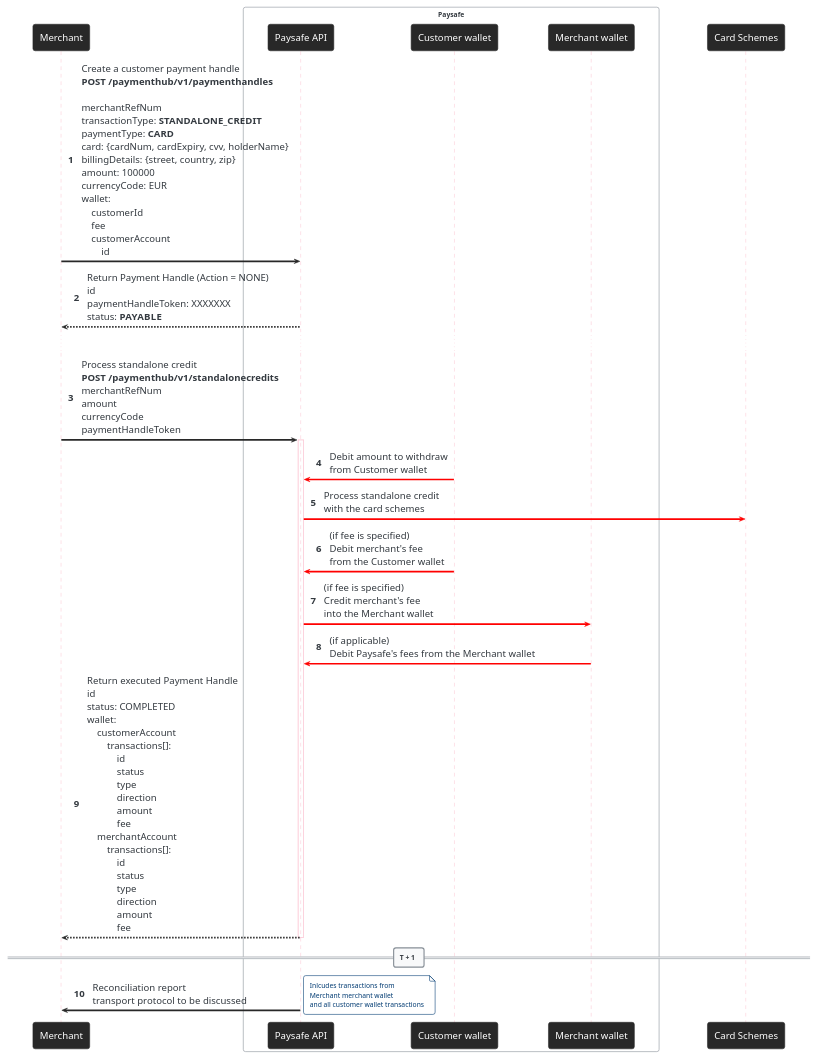
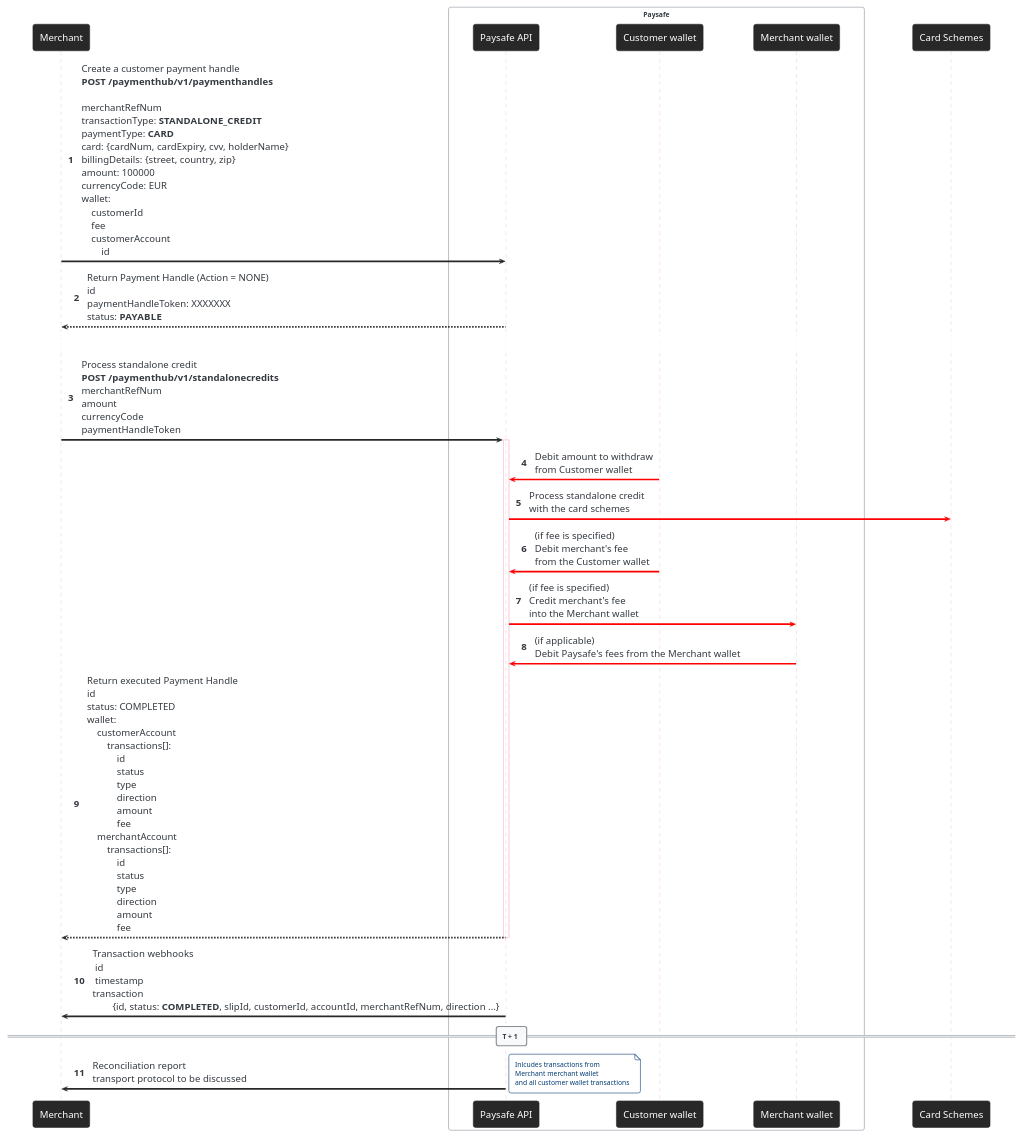
The seventh of 11 diagrams in diagrams/diagrams.plantuml (paysafegroup/WalletAPI), drawn with PlantUML before and after one commit. The commit also changed other lines of this file, not shown here.

```diff
--- a/diagrams/diagrams.plantuml
+++ b/diagrams/diagrams.plantuml
@@ -357,48 +358,48 @@
 @startuml "3-Withdraw-card"
     !theme cerulean-outline
 
     skinparam dpi 72
     skinparam shadowing false
     skinparam backgroundColor #FFFFFF
     skinparam Sequence {
         ParticipantBorderColor #282828
         ParticipantBackgroundColor #282828
         ParticipantFontSize 17
         ParticipantFontColor #FFFFFF
         ArrowColor #282828
         ArrowFontSize 17
         LifeLineBorderColor #FBC9D6
     }
 
     participant Merchant
     box "Paysafe"
         participant "Paysafe API" as PaysafeAPI
         participant "Customer wallet" as CW
         participant "Merchant wallet" as MW
     end box
     participant "Card Schemes" as CardSchemes
 
     autonumber
 
     Merchant -> PaysafeAPI: Create a customer payment handle\n**POST /paymenthub/v1/paymenthandles**\n\nmerchantRefNum\ntransactionType: **STANDALONE_CREDIT**\npaymentType: **CARD**\ncard: {cardNum, cardExpiry, cvv, holderName}\nbillingDetails: {street, country, zip}\namount: 100000\ncurrencyCode: EUR\nwallet:\n    customerId\n    fee\n    customerAccount\n        id
     Merchant <-- PaysafeAPI: Return Payment Handle (Action = NONE)\nid\npaymentHandleToken: XXXXXXX\nstatus: **PAYABLE**
 
     ...
 
     Merchant -> PaysafeAPI: Process standalone credit\n**POST /paymenthub/v1/standalonecredits**\nmerchantRefNum\namount\ncurrencyCode\npaymentHandleToken
     activate PaysafeAPI
 
         PaysafeAPI <-[#FF0000] CW: Debit amount to withdraw\nfrom Customer wallet
         PaysafeAPI [#FF0000]-> CardSchemes: Process standalone credit\nwith the card schemes
         PaysafeAPI <-[#FF0000] CW: (if fee is specified)\nDebit merchant's fee\nfrom the Customer wallet
         PaysafeAPI [#FF0000]-> MW: (if fee is specified)\nCredit merchant's fee\ninto the Merchant wallet
         PaysafeAPI <-[#FF0000] MW: (if applicable)\nDebit Paysafe's fees from the Merchant wallet
 
         Merchant <-- PaysafeAPI: Return executed Payment Handle\nid\nstatus: COMPLETED\nwallet:\n    customerAccount\n        transactions[]:\n            id\n            status\n            type\n            direction\n            amount\n            fee            \n    merchantAccount\n        transactions[]:\n            id\n            status\n            type\n            direction\n            amount\n            fee
     deactivate PaysafeAPI
-
+    PaysafeAPI -> Merchant : Transaction webhooks\n id\n timestamp\ntransaction\n	{id, status: **COMPLETED**, slipId, customerId, accountId, merchantRefNum, direction ...}
 	== T + 1 ==
 
  	PaysafeAPI -> Merchant: Reconciliation report\ntransport protocol to be discussed
     note right: Inlcudes transactions from\nMerchant merchant wallet \nand all customer wallet transactions
 @enduml
```
